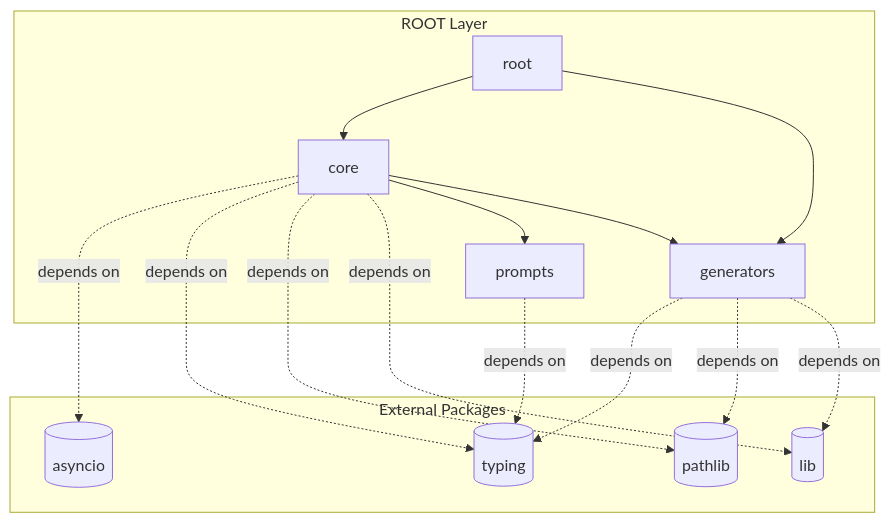
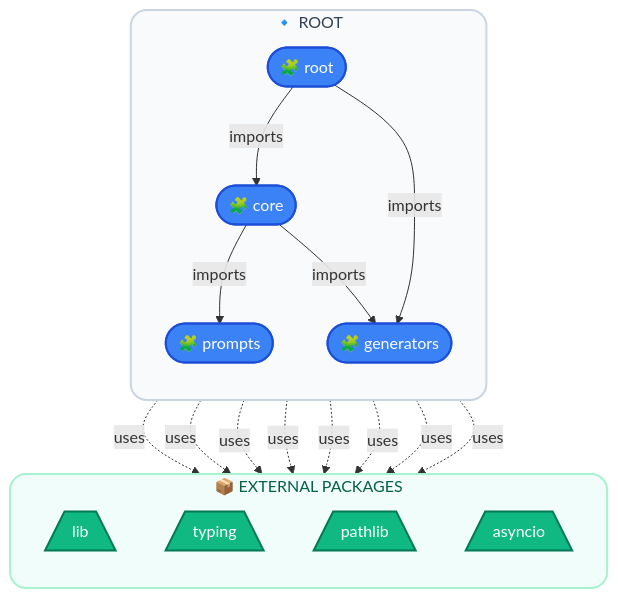
Before and after one commit to aungmyintunsoe/bobsuite: the diagram in documents/autodocs_dependency_map.md, drawn with Mermaid. The commit also changed other lines of this file and 6 other files, not shown here.

Commit message:
diagrams

````diff
--- a/documents/autodocs_dependency_map.md
+++ b/documents/autodocs_dependency_map.md
@@ -6,27 +15,46 @@
 ```mermaid
+%%{init: {'theme': 'default', 'themeVariables': { 'background': '#ffffff'}}}%%
 graph TD
-    subgraph Root [ROOT Layer]
-        core[core]
-        generators[generators]
-        prompts[prompts]
-        root[root]
+    subgraph Root [🔹 ROOT]
+    direction TB
+        core([🧩 core])
+        generators([🧩 generators])
+        prompts([🧩 prompts])
+        root([🧩 root])
     end
-    subgraph External [External Packages]
-        ext_pathlib[(pathlib)]
-        ext_typing[(typing)]
-        ext_lib[(lib)]
-        ext_asyncio[(asyncio)]
+    subgraph External [📦 EXTERNAL PACKAGES]
+    direction TB
+        ext_lib[/lib\]
+        ext_typing[/typing\]
+        ext_pathlib[/pathlib\]
+        ext_asyncio[/asyncio\]
     end
-    core -.->|depends on| ext_asyncio
-    core -.->|depends on| ext_typing
-    core -.->|depends on| ext_pathlib
-    core -.->|depends on| ext_lib
-    core --> prompts
-    core --> generators
-    generators -.->|depends on| ext_typing
-    generators -.->|depends on| ext_pathlib
-    generators -.->|depends on| ext_lib
-    prompts -.->|depends on| ext_typing
-    root --> core
-    root --> generators
+    core -.->|uses| ext_asyncio
+    core -.->|uses| ext_typing
+    core -.->|uses| ext_pathlib
+    core -.->|uses| ext_lib
+    core -->|imports| prompts
+    core -->|imports| generators
+    generators -.->|uses| ext_typing
+    generators -.->|uses| ext_pathlib
+    generators -.->|uses| ext_lib
+    prompts -.->|uses| ext_typing
+    root -->|imports| core
+    root -->|imports| generators
+
+    classDef coreNode fill:#3b82f6,stroke:#1d4ed8,stroke-width:2px,color:#fff,rx:12
+    classDef libNode fill:#8b5cf6,stroke:#6d28d9,stroke-width:2px,color:#fff,rx:12
+    classDef testNode fill:#ec4899,stroke:#be185d,stroke-width:2px,color:#fff,rx:12
+    classDef extNode fill:#10b981,stroke:#047857,stroke-width:2px,color:#fff,rx:8
+    class core coreNode
+    class generators coreNode
+    class prompts coreNode
+    class root coreNode
+    class ext_lib extNode
+    class ext_typing extNode
+    class ext_pathlib extNode
+    class ext_asyncio extNode
+
+    style Root fill:#f8fafc,stroke:#cbd5e1,stroke-width:2px,color:#334155,rx:16
+    style External fill:#f0fdfa,stroke:#a7f3d0,stroke-width:2px,color:#065f46,rx:16
 ```
````
